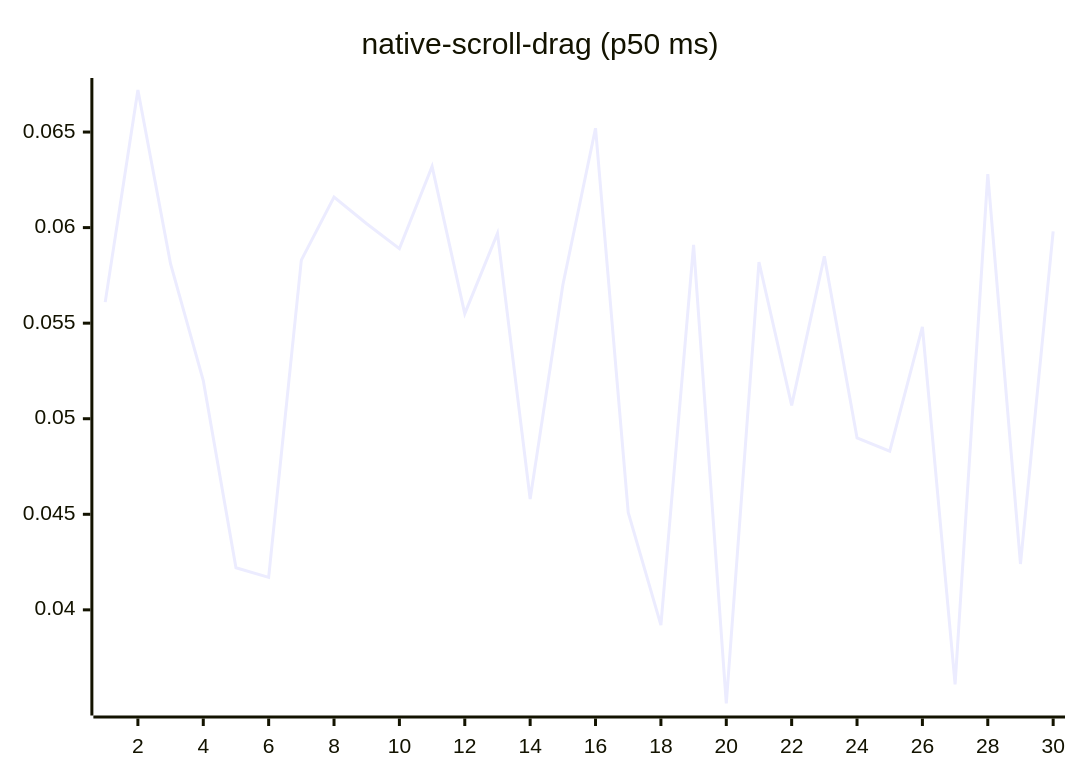
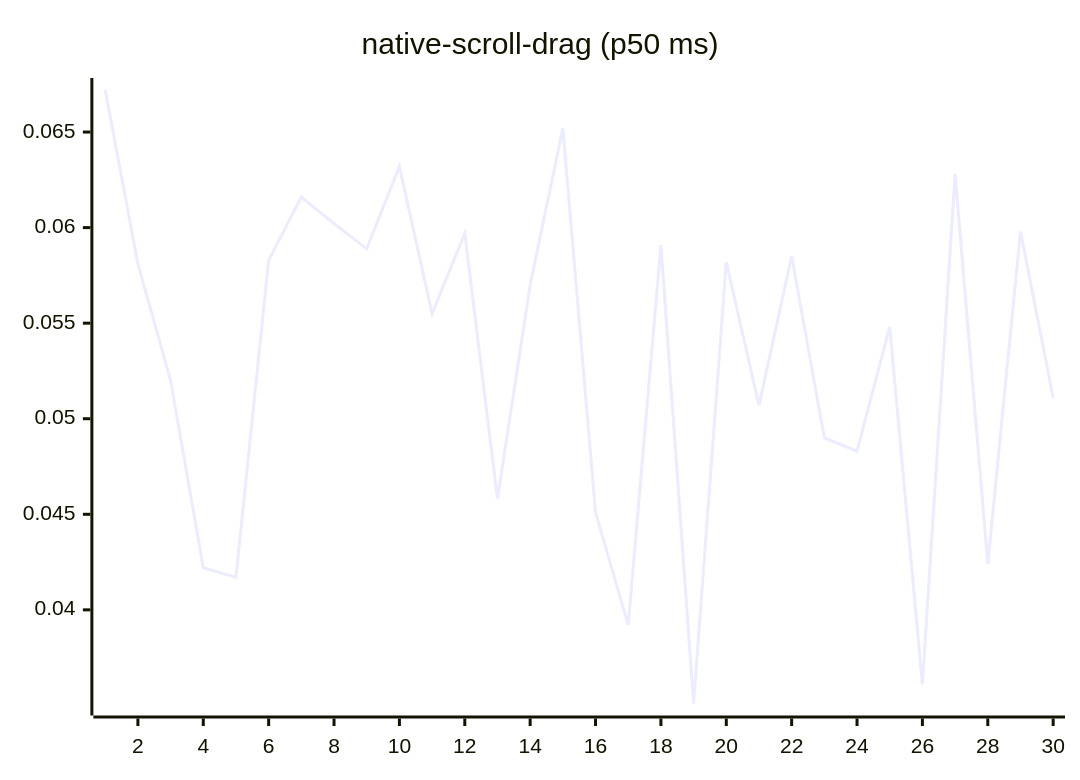
One commit to josha/Facet changed diagram 14 of 27 in README.md. Above: the diagram before and after it, drawn with Mermaid. The commit also changed other lines of this file and 2 other files, not shown here.

````diff
--- a/README.md
+++ b/README.md
@@ -154,6 +154,6 @@
 ```mermaid
 xychart-beta
     title "native-scroll-drag (p50 ms)"
     x-axis 1 --> 30
-    line [0.0561, 0.0672, 0.0581, 0.0520, 0.0422, 0.0417, 0.0583, 0.0616, 0.0602, 0.0589, 0.0632, 0.0555, 0.0597, 0.0458, 0.0570, 0.0652, 0.0451, 0.0392, 0.0591, 0.0351, 0.0582, 0.0507, 0.0585, 0.0490, 0.0483, 0.0548, 0.0361, 0.0628, 0.0424, 0.0598]
+    line [0.0672, 0.0581, 0.0520, 0.0422, 0.0417, 0.0583, 0.0616, 0.0602, 0.0589, 0.0632, 0.0555, 0.0597, 0.0458, 0.0570, 0.0652, 0.0451, 0.0392, 0.0591, 0.0351, 0.0582, 0.0507, 0.0585, 0.0490, 0.0483, 0.0548, 0.0361, 0.0628, 0.0424, 0.0598, 0.0511]
 ```
````
